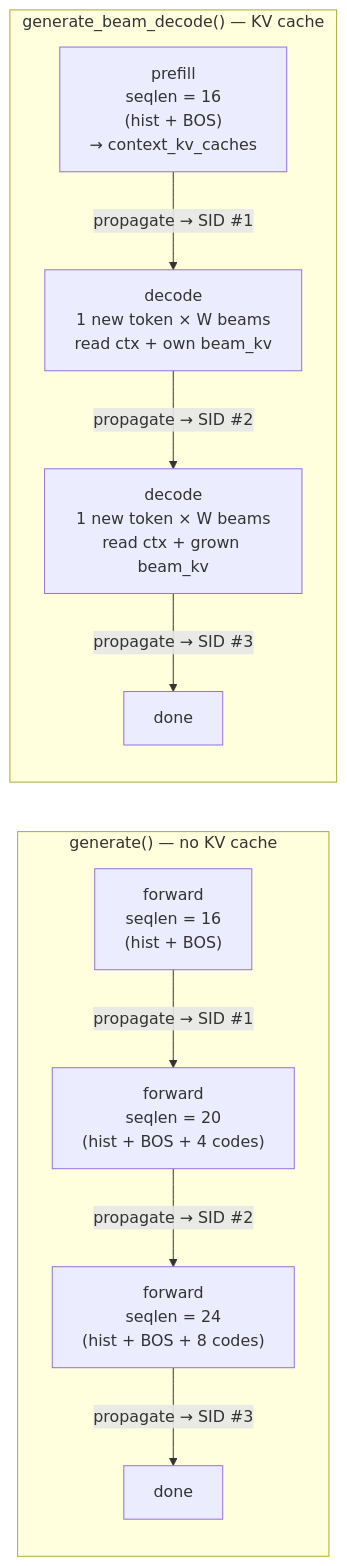
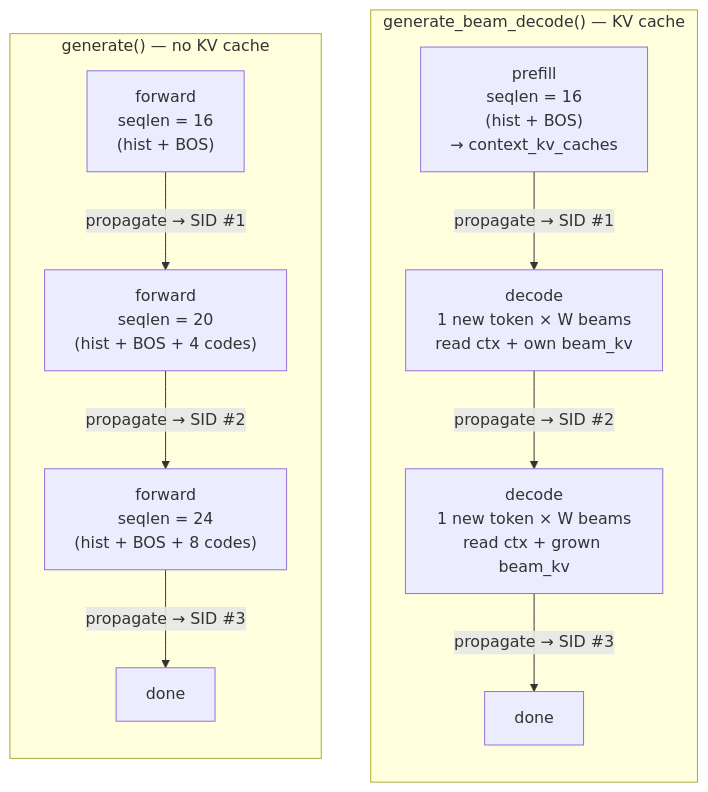
The second of 2 diagrams in examples/sid_gr/README.md (z52527/recsys-examples), drawn with Mermaid before and after one commit.

Commit message:
docs(sid_gr): force side-by-side layout for generate-vs-beam-decode diagram
GitHub's mermaid renderer was stacking the two subgraphs vertically
because nothing connected them. Add an invisible `N0 ~~~ F0` link to
anchor them at the same rank so they render side-by-side.

````diff
--- a/examples/sid_gr/README.md
+++ b/examples/sid_gr/README.md
@@ -116,22 +116,24 @@
 ```mermaid
 flowchart LR
     subgraph naive["generate() — no KV cache"]
         direction TB
         N0["forward<br/>seqlen = 16<br/>(hist + BOS)"]
         N1["forward<br/>seqlen = 20<br/>(hist + BOS + 4 codes)"]
         N2["forward<br/>seqlen = 24<br/>(hist + BOS + 8 codes)"]
         N0 -- "propagate → SID #1" --> N1
         N1 -- "propagate → SID #2" --> N2
         N2 -- "propagate → SID #3" --> Ne["done"]
     end
 
     subgraph fast["generate_beam_decode() — KV cache"]
         direction TB
         F0["prefill<br/>seqlen = 16<br/>(hist + BOS)<br/>→ context_kv_caches"]
         F1["decode<br/>1 new token × W beams<br/>read ctx + own beam_kv"]
         F2["decode<br/>1 new token × W beams<br/>read ctx + grown beam_kv"]
         F0 -- "propagate → SID #1" --> F1
         F1 -- "propagate → SID #2" --> F2
         F2 -- "propagate → SID #3" --> Fe["done"]
     end
+
+    N0 ~~~ F0
 ```
````
